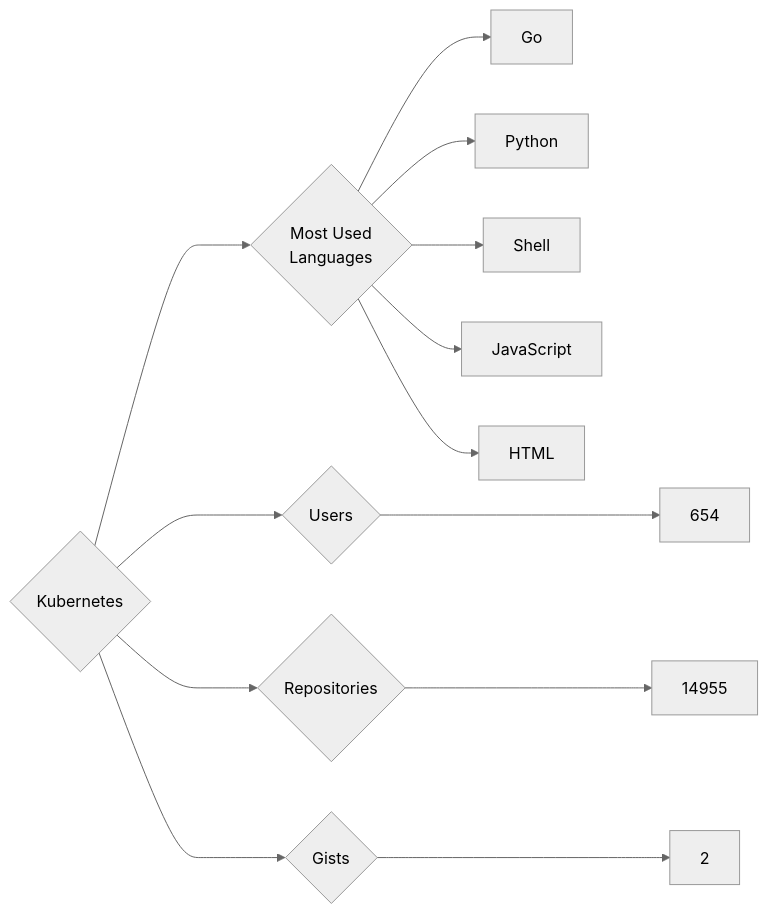
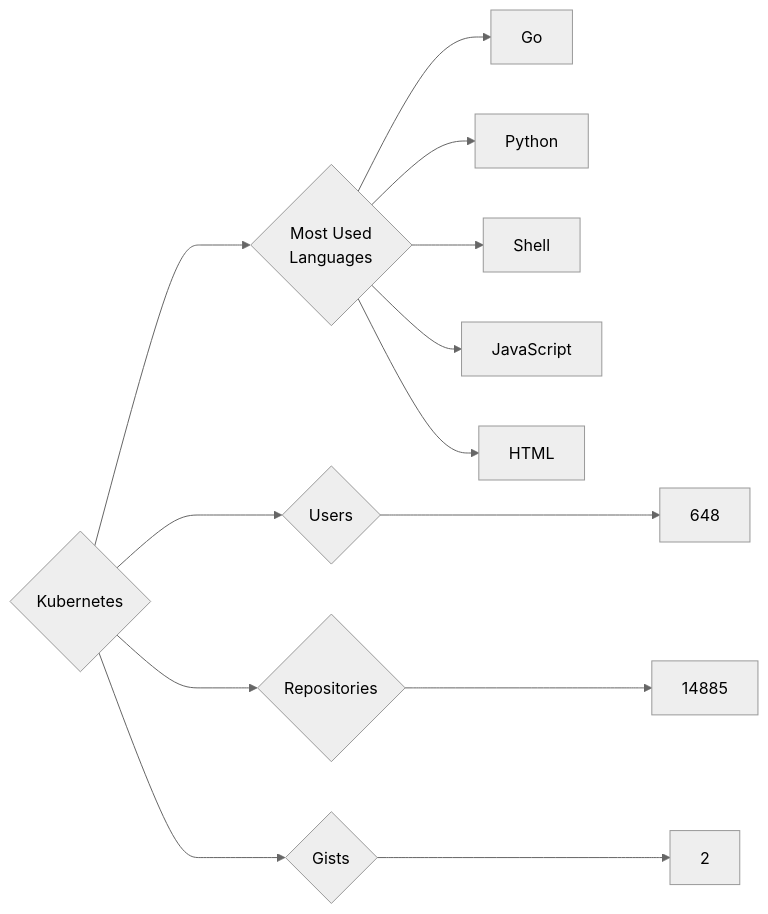
The diagram in targets/Kubernetes/README.md (trickest/insiders), drawn with Mermaid (neutral theme) before and after one commit. The commit also changed 1084 other files, not shown here.

````diff
--- a/targets/Kubernetes/README.md
+++ b/targets/Kubernetes/README.md
@@ -3,13 +3,13 @@
 ```mermaid
 graph LR
 COMPANY_NAME{Kubernetes}
-COMPANY_NAME ---> U{Users} ---> UN[654]
-COMPANY_NAME ---> R{Repositories} ---> RN[14955]
+COMPANY_NAME ---> U{Users} ---> UN[648]
+COMPANY_NAME ---> R{Repositories} ---> RN[14885]
 COMPANY_NAME ---> G{Gists} ---> GN[2]
 COMPANY_NAME ---> ML{Most Used<br>Languages}
 ML --> Go[Go]
 ML --> Python[Python]
 ML --> Shell[Shell]
 ML --> JavaScript[JavaScript]
 ML --> HTML[HTML]
 ```
````
